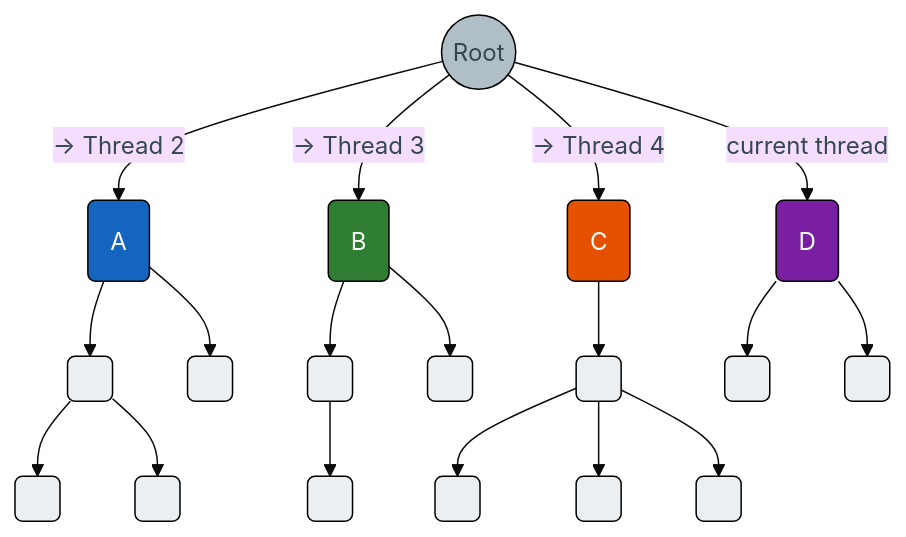
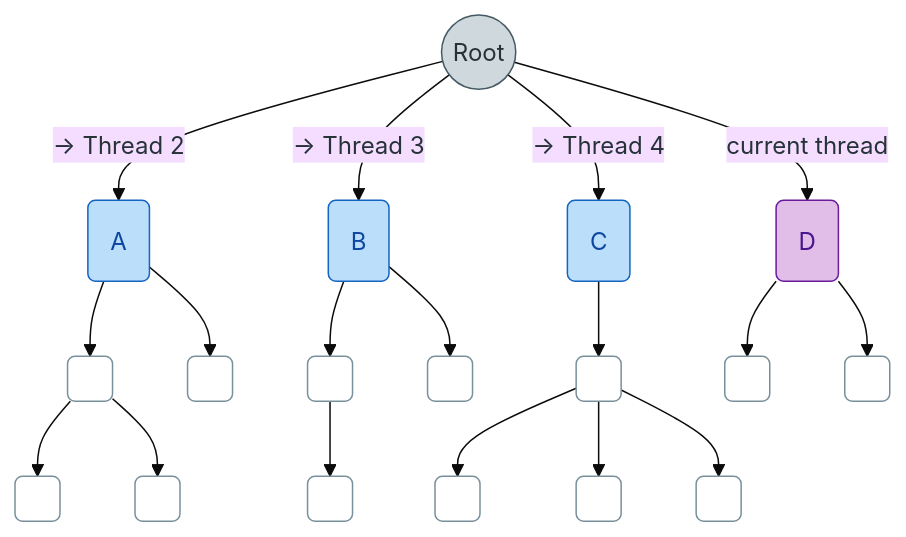
One commit to rapastranac/gempba-docs changed the first of 7 diagrams in docs/reference/implementations/load-balancers/quasi-horizontal.md. Above: the diagram before and after it, drawn with Mermaid. The commit also changed other lines of this file, not shown here.

````diff
--- a/docs/reference/implementations/load-balancers/quasi-horizontal.md
+++ b/docs/reference/implementations/load-balancers/quasi-horizontal.md
@@ -17,34 +17,32 @@
 ```mermaid
 %%{init: {'theme': 'base'}}%%
 flowchart TD
     R(("Root")):::root
 
-    R -->|"→ Thread 2"| A("A"):::t2
-    R -->|"→ Thread 3"| B("B"):::t3
-    R -->|"→ Thread 4"| C("C"):::t4
-    R -->|"current thread"| D("D"):::t1
+    R -->|"→ Thread 2"| A("A"):::pushed
+    R -->|"→ Thread 3"| B("B"):::pushed
+    R -->|"→ Thread 4"| C("C"):::pushed
+    R -->|"current thread"| D("D"):::running
 
-    A --> a1(" "):::sub
-    A --> a2(" "):::sub
-    a1 --> a3(" "):::sub
-    a1 --> a4(" "):::sub
+    A --> a1(" "):::waiting
+    A --> a2(" "):::waiting
+    a1 --> a3(" "):::waiting
+    a1 --> a4(" "):::waiting
 
-    B --> b1(" "):::sub
-    B --> b2(" "):::sub
-    b1 --> b3(" "):::sub
+    B --> b1(" "):::waiting
+    B --> b2(" "):::waiting
+    b1 --> b3(" "):::waiting
 
-    C --> c1(" "):::sub
-    c1 --> c2(" "):::sub
-    c1 --> c3(" "):::sub
-    c1 --> c4(" "):::sub
+    C --> c1(" "):::waiting
+    c1 --> c2(" "):::waiting
+    c1 --> c3(" "):::waiting
+    c1 --> c4(" "):::waiting
 
-    D --> d1(" "):::sub
-    D --> d2(" "):::sub
+    D --> d1(" "):::waiting
+    D --> d2(" "):::waiting
 
-    classDef root fill:#b0bec5,color:#37474f,stroke:#000000
-    classDef t1   fill:#7b1fa2,color:#fff,stroke:#000000
-    classDef t2   fill:#1565c0,color:#fff,stroke:#000000
-    classDef t3   fill:#2e7d32,color:#fff,stroke:#000000
-    classDef t4   fill:#e65100,color:#fff,stroke:#000000
-    classDef sub  fill:#eceff1,color:#546e7a,stroke:#000000
+    classDef root    fill:#cfd8dc,color:#263238,stroke:#455a64
+    classDef waiting fill:#ffffff,color:#37474f,stroke:#78909c
+    classDef running fill:#e1bee7,color:#4a148c,stroke:#6a1b9a
+    classDef pushed  fill:#bbdefb,color:#0d47a1,stroke:#1565c0
 ```
````
